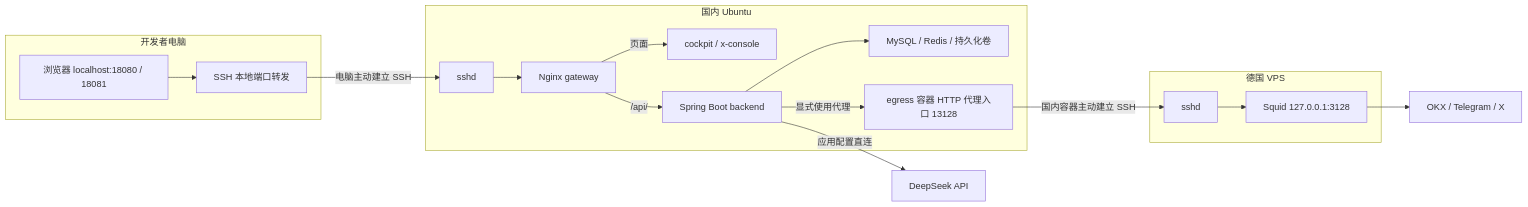
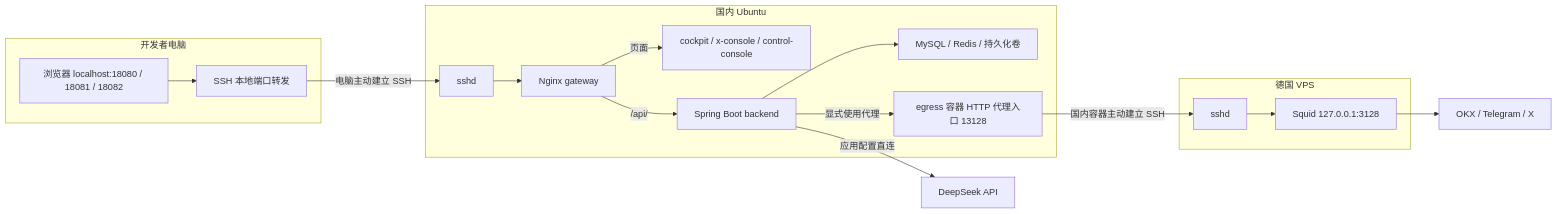
The first of 3 diagrams in docs/PROJECT_GUIDE.md (tiancia/trade), drawn with Mermaid before and after one commit. The commit also changed other lines of this file and 48 other files, not shown here.

Commit message:
feat: add standalone control console

````diff
--- a/docs/PROJECT_GUIDE.md
+++ b/docs/PROJECT_GUIDE.md
@@ -21,30 +21,30 @@
 ```mermaid
 flowchart LR
     subgraph PC[开发者电脑]
-        Browser[浏览器 localhost:18080 / 18081]
+        Browser[浏览器 localhost:18080 / 18081 / 18082]
         LocalSSH[SSH 本地端口转发]
         Browser --> LocalSSH
     end
     subgraph CN[国内 Ubuntu]
         CNSSH[sshd]
         Gateway[Nginx gateway]
-        Frontends[cockpit / x-console]
+        Frontends[cockpit / x-console / control-console]
         Backend[Spring Boot backend]
         Data[MySQL / Redis / 持久化卷]
         Egress[egress 容器 HTTP 代理入口 13128]
         CNSSH --> Gateway
         Gateway -->|页面| Frontends
         Gateway -->|/api/| Backend
         Backend --> Data
         Backend -->|显式使用代理| Egress
     end
     subgraph DE[德国 VPS]
         DESSH[sshd]
         Squid[Squid 127.0.0.1:3128]
         DESSH --> Squid
     end
     LocalSSH -->|电脑主动建立 SSH| CNSSH
     Egress -->|国内容器主动建立 SSH| DESSH
     Squid --> External[OKX / Telegram / X]
     Backend -->|应用配置直连| DeepSeek[DeepSeek API]
 ```
````
